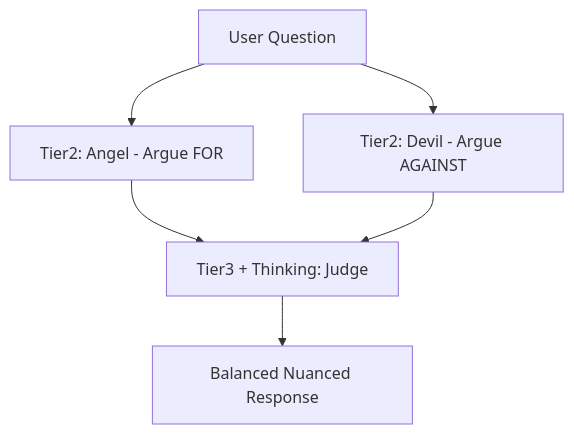
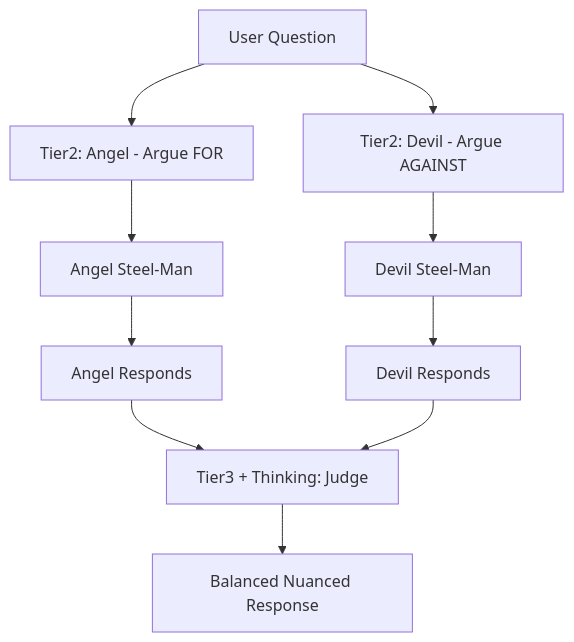
Diagram 11 of 15 in README.md (PierreStephaneVoltaire/IF), drawn with Mermaid before and after one commit. The commit also changed other lines of this file and 7 other files, not shown here.

````diff
--- a/README.md
+++ b/README.md
@@ -614,8 +654,12 @@
 ```mermaid
 flowchart TD
     A[User Question] --> B[Tier2: Angel - Argue FOR]
     A --> C[Tier2: Devil - Argue AGAINST]
-    B --> D[Tier3 + Thinking: Judge]
-    C --> D
-    D --> E[Balanced Nuanced Response]
+    B --> D[Angel Steel-Man]
+    C --> E[Devil Steel-Man]
+    D --> F[Angel Responds]
+    E --> G[Devil Responds]
+    F --> H[Tier3 + Thinking: Judge]
+    G --> H
+    H --> I[Balanced Nuanced Response]
 ```
````
